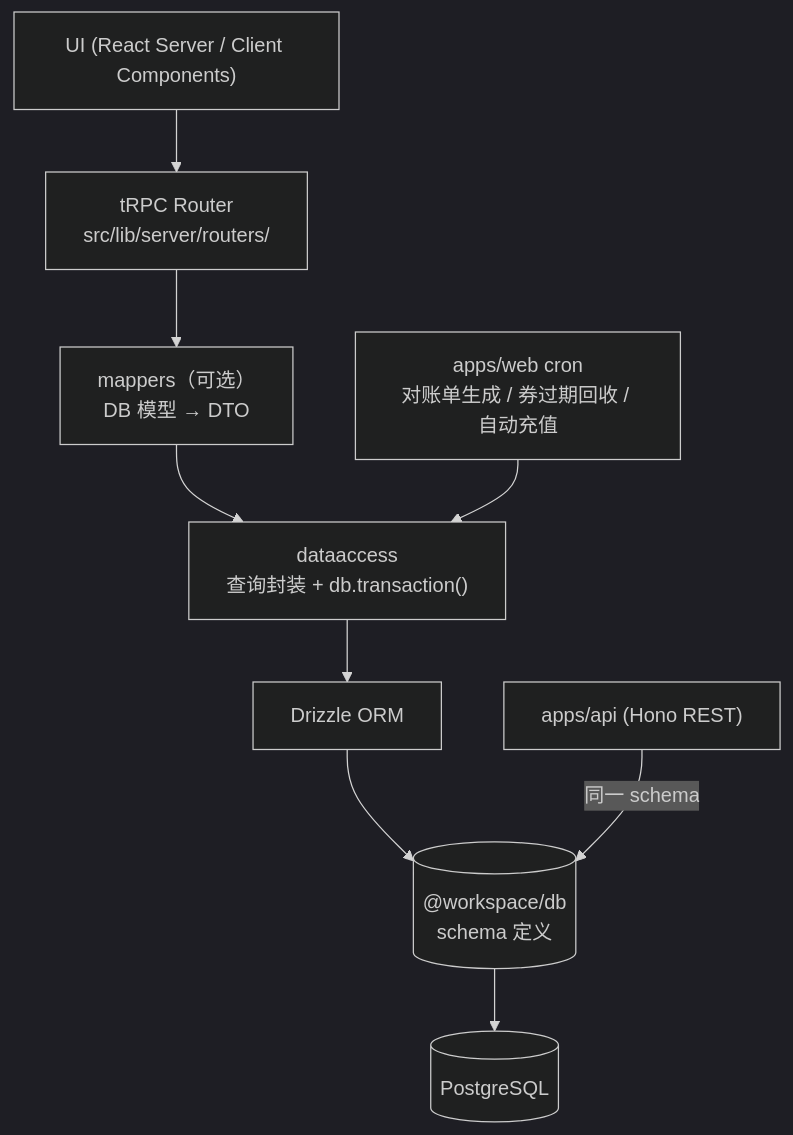
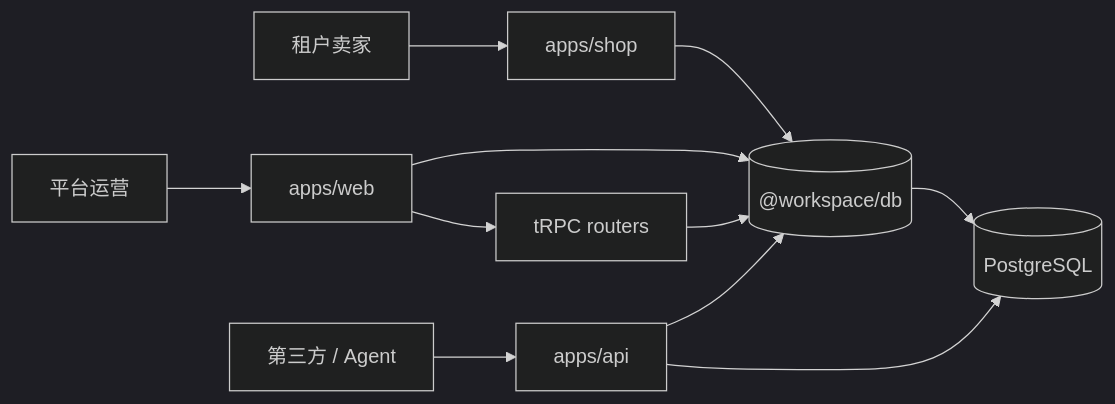
Before and after one commit to metacode0602/vercelai-kaijing: the diagram in README.md, drawn with Mermaid (dark theme). The commit also changed other lines of this file and 328 other files, not shown here.

````diff
--- a/README.md
+++ b/README.md
@@ -73,12 +39,11 @@
 ```mermaid
-flowchart TD
-    UI["UI (React Server / Client Components)"] --> TRPC["tRPC Router<br/>src/lib/server/routers/"]
-    TRPC --> MAP["mappers（可选）<br/>DB 模型 → DTO"]
-    MAP --> DA["dataaccess<br/>查询封装 + db.transaction()"]
-    DA --> ORM["Drizzle ORM"]
-    ORM --> DB[("@workspace/db<br/>schema 定义")]
-    DB --> PG[("PostgreSQL")]
-
-    API["apps/api (Hono REST)"] -->|同一 schema| DB
-    CRON["apps/web cron<br/>对账单生成 / 券过期回收 / 自动充值"] --> DA
+flowchart LR
+    T["租户卖家"] --> S["apps/shop"]
+    O["平台运营"] --> W["apps/web"]
+    D["第三方 / Agent"] --> A["apps/api"]
+    S & W & A --> DB[("@workspace/db")]
+    W --> R["tRPC routers"]
+    R --> DB
+    A --> P[("PostgreSQL")]
+    DB --> P
 ```
````
